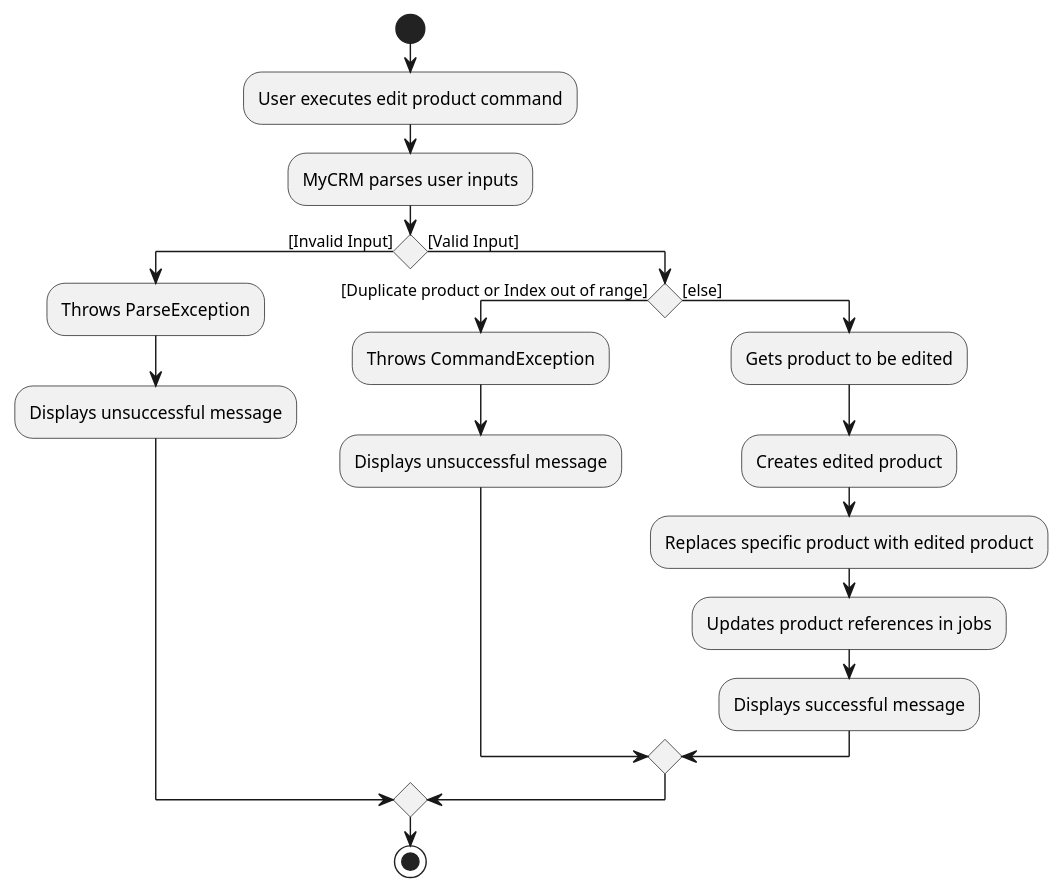
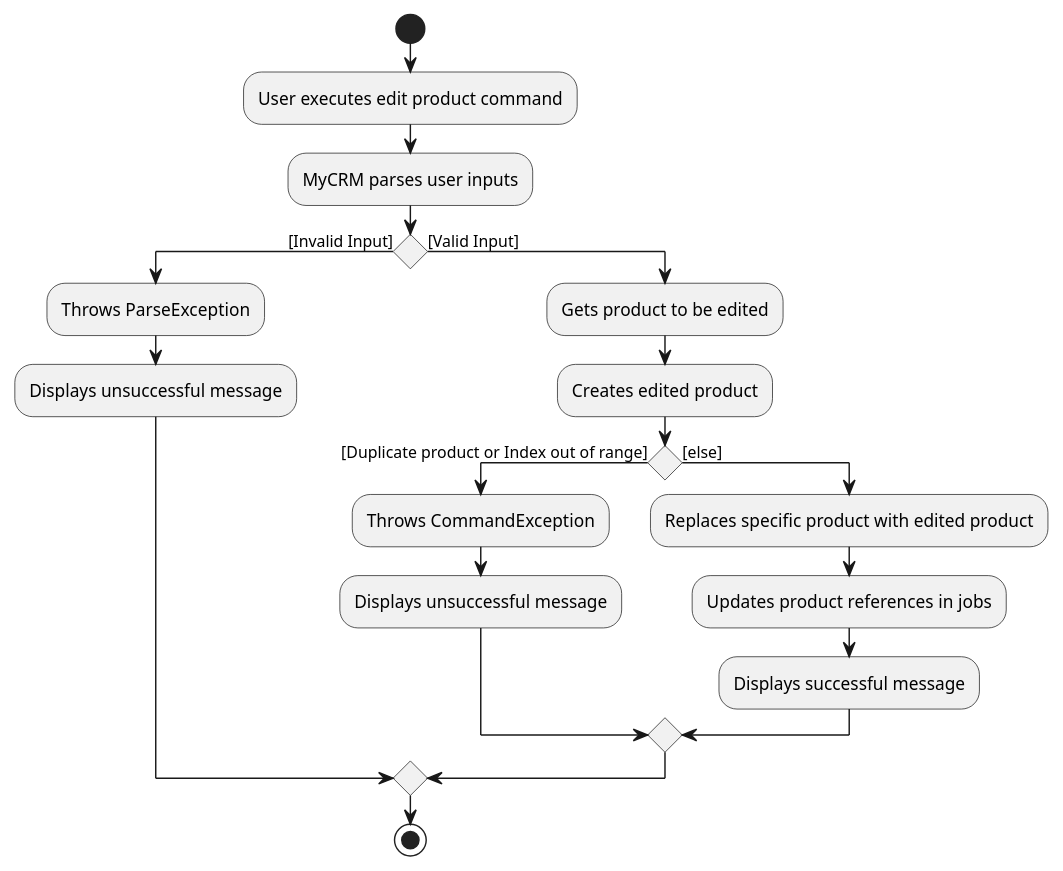
One commit to ooawagaeri/tp changed the diagram in docs/diagrams/product/EditProductActivityDiagram.puml. Above: the diagram before and after it, drawn with PlantUML. The commit also changed 3 other files, not shown here.

Commit message:
Modify activity diagrams for products.

```diff
--- a/docs/diagrams/product/EditProductActivityDiagram.puml
+++ b/docs/diagrams/product/EditProductActivityDiagram.puml
@@ -1,21 +1,21 @@
 @startuml
 start
 :User executes edit product command;
 :MyCRM parses user inputs;
 if () then ([Invalid Input])
     :Throws ParseException;
     :Displays unsuccessful message;
 else ([Valid Input])
+:Gets product to be edited;
+:Creates edited product;
 if () then ([Duplicate product or Index out of range])
     :Throws CommandException;
     :Displays unsuccessful message;
 else ([else])
-    :Gets product to be edited;
-    :Creates edited product;
     :Replaces specific product with edited product;
     :Updates product references in jobs;
     :Displays successful message;
 endif
 endif
 stop
 @enduml
```
